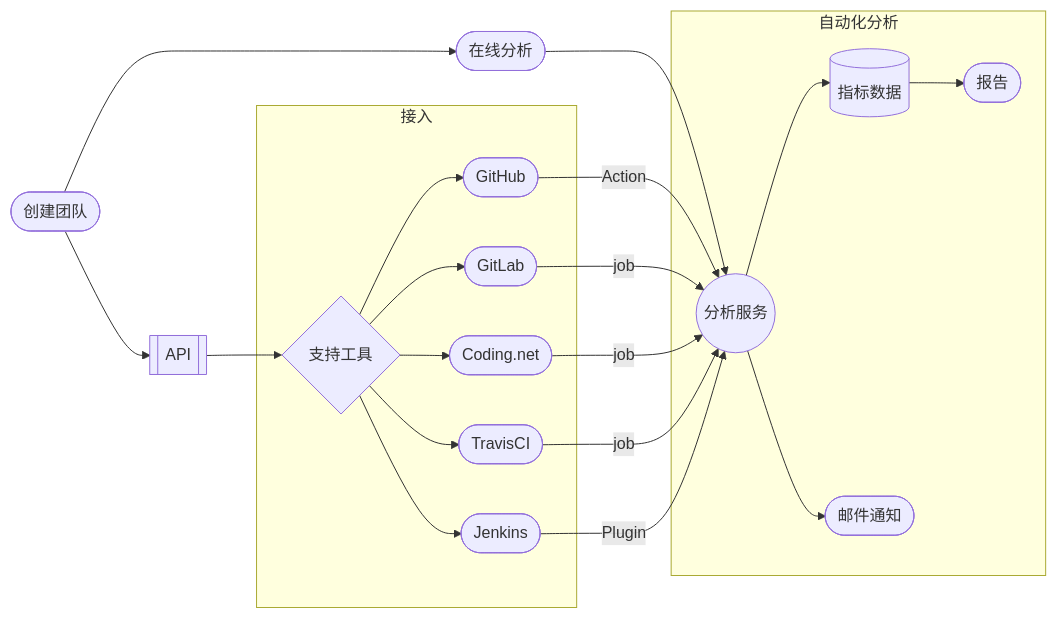
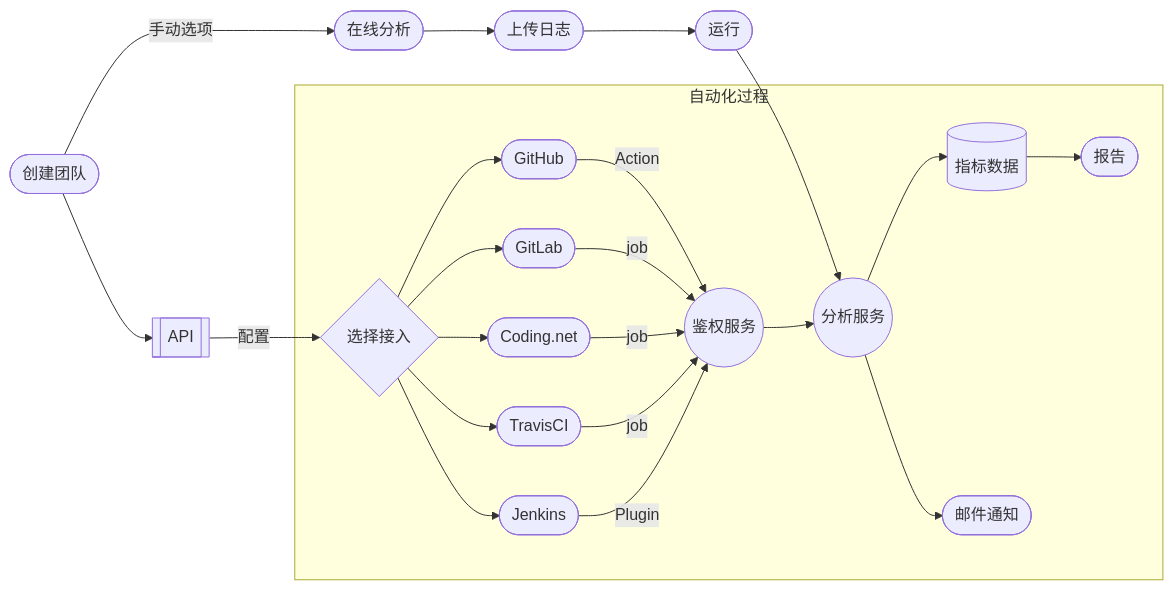
One commit to FieldTech/xdocs changed the diagram in guide.md. Above: the diagram before and after it, drawn with Mermaid.

Commit message:
update process

````diff
--- a/guide.md
+++ b/guide.md
@@ -9,24 +9,25 @@
 ```mermaid
 graph LR
     team([创建团队]) --> API[[API]]
-    team --> online([在线分析])
-    online --> analysis
-    API --> tools{支持工具}
-    subgraph 接入
+    team --手动选项--> online([在线分析])
+    online --> upload([上传日志])
+    upload --> run([运行])
+    run --> analysis
+    API --配置--> tools{选择接入}
+    subgraph 自动化过程
         tools --> GitHub([GitHub])
         tools --> GitLab([GitLab])
         tools --> Coding([Coding.net])
         tools --> Travis([TravisCI])
         tools --> Jenkins([Jenkins])
-    end
-    subgraph 自动化分析
-        GitHub --Action--> analysis((分析服务))
-        GitLab --job--> analysis
-        Coding --job--> analysis
-        Travis --job--> analysis
-        Jenkins --Plugin--> analysis
+        GitHub --Action--> auth((鉴权服务))
+        GitLab --job--> auth
+        Coding --job--> auth
+        Travis --job--> auth
+        Jenkins --Plugin--> auth
+        auth --> analysis((分析服务))
         analysis --> data[(指标数据)]
         analysis --> notice([邮件通知])
         data --> reports([报告])
     end
 ```
````
